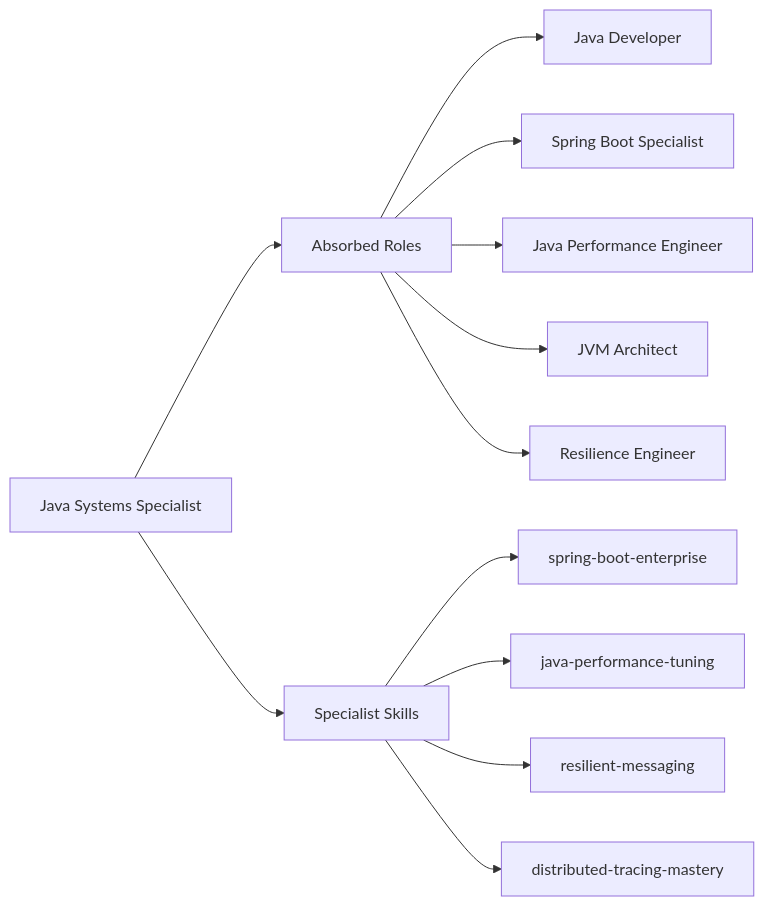
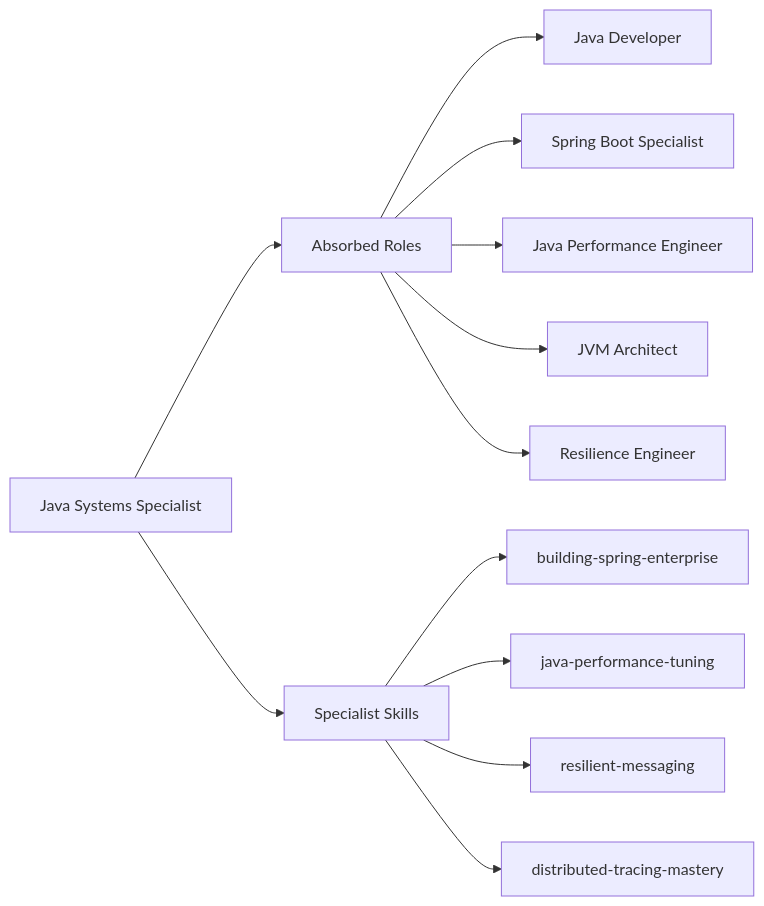
Before and after one commit to gitwalter/antigravity-agent-factory: the diagram in .agent/agents/parallel/java-systems-specialist.md, drawn with Mermaid. The commit also changed other lines of this file and 950 other files, not shown here.

First line of the commit message:
refactor(skills): mass schema injection and participle renaming (AGENT-35)

````diff
--- a/.agent/agents/parallel/java-systems-specialist.md
+++ b/.agent/agents/parallel/java-systems-specialist.md
@@ -10,16 +25,16 @@
 ```mermaid
 graph LR
     Agent["Java Systems Specialist"]
     Agent --> Roles["Absorbed Roles"]
     Roles --> R1["Java Developer"]
     Roles --> R2["Spring Boot Specialist"]
     Roles --> R3["Java Performance Engineer"]
     Roles --> R4["JVM Architect"]
     Roles --> R5["Resilience Engineer"]
 
     Agent --> Skills["Specialist Skills"]
-    Skills --> S1["spring-boot-enterprise"]
+    Skills --> S1["building-spring-enterprise"]
     Skills --> S2["java-performance-tuning"]
     Skills --> S3["resilient-messaging"]
     Skills --> S4["distributed-tracing-mastery"]
 ```
````
